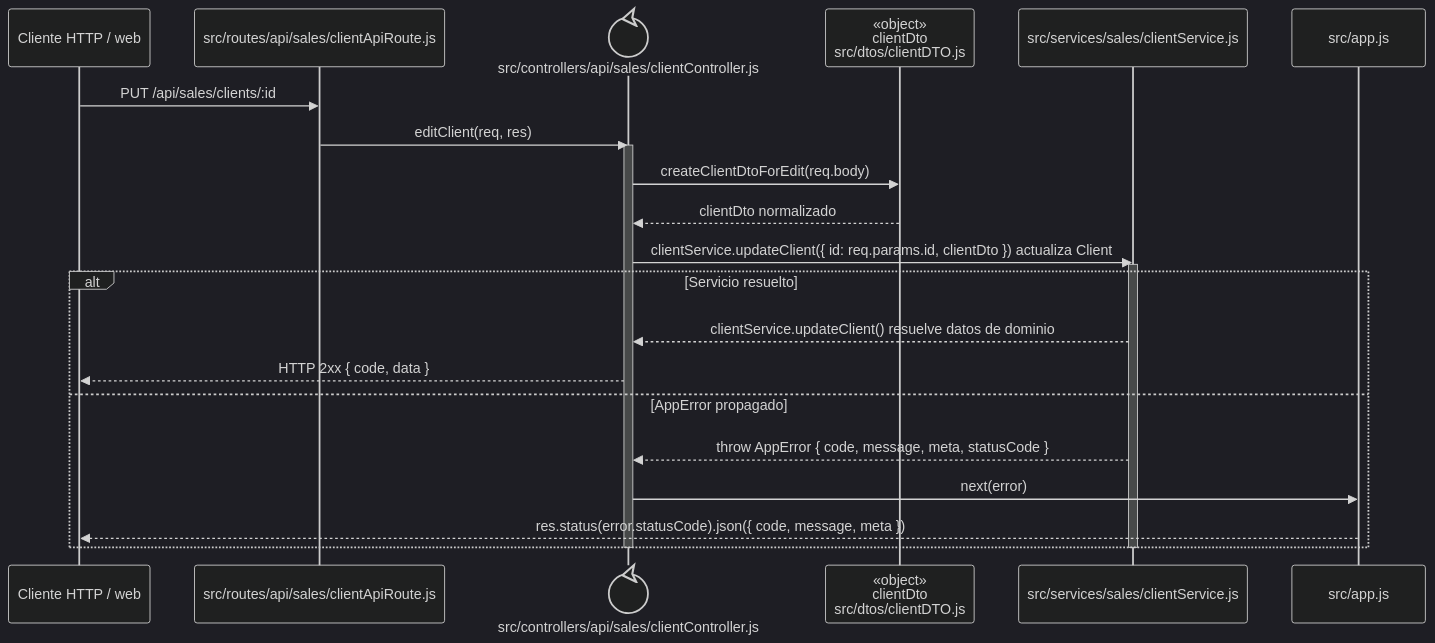
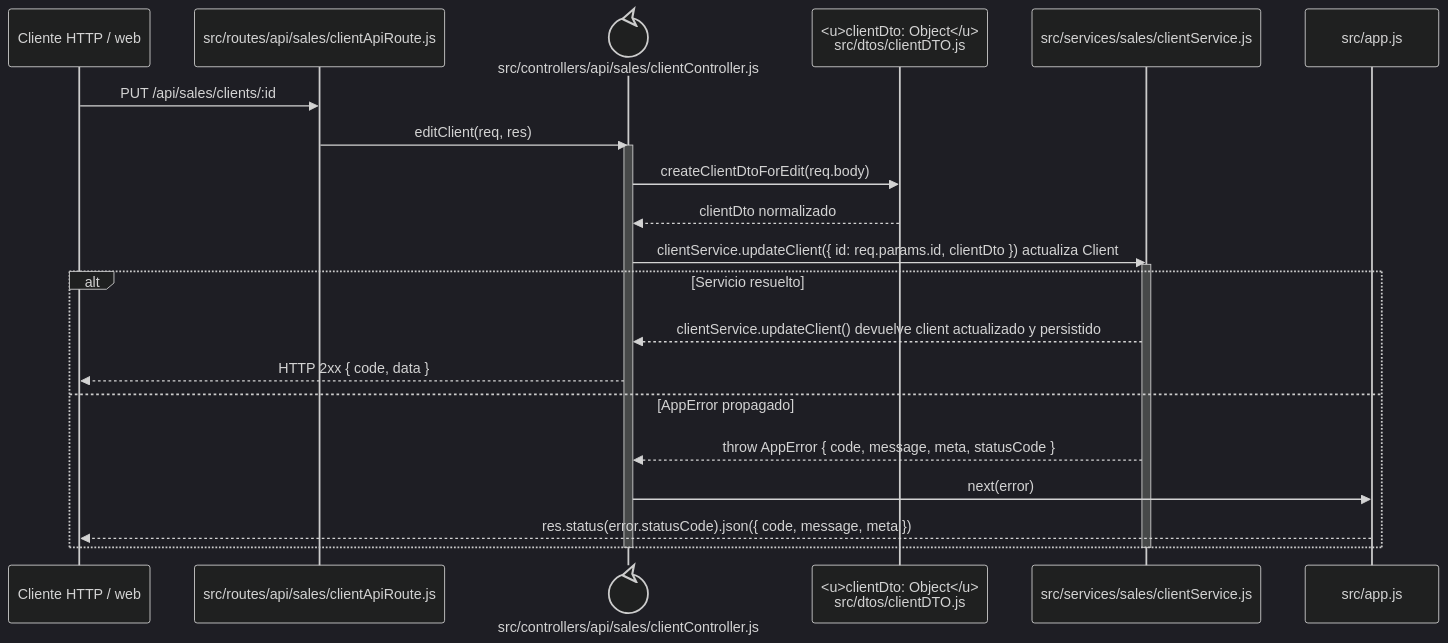
Before and after one commit to gpgsistemas01/nexus: the diagram in docs/architecture/backend-code-sequences/catalogs/cu-cat-07.md, drawn with Mermaid (dark theme). The commit also changed 102 other files, not shown here.

````diff
--- a/docs/architecture/backend-code-sequences/catalogs/cu-cat-07.md
+++ b/docs/architecture/backend-code-sequences/catalogs/cu-cat-07.md
@@ -6,27 +6,27 @@
 ```mermaid
 sequenceDiagram
     participant Client as Cliente HTTP / web
     participant Route as src/routes/api/sales/clientApiRoute.js
     participant Controller@{ "type": "control" } as src/controllers/api/sales/clientController.js
-    participant ClientDto as «object»<br/>clientDto<br/>src/dtos/clientDTO.js
+    participant ClientDto as <u>clientDto: Object</u><br/>src/dtos/clientDTO.js
     participant Domain as src/services/sales/clientService.js
     participant ErrorHandler as src/app.js
 
     Client->>Route: PUT /api/sales/clients/:id
     Route->>Controller: editClient(req, res)
     activate Controller
     Controller->>ClientDto: createClientDtoForEdit(req.body)
     ClientDto-->>Controller: clientDto normalizado
     Controller->>Domain: clientService.updateClient({ id: req.params.id, clientDto }) actualiza Client
     activate Domain
     alt Servicio resuelto
-        Domain-->>Controller: clientService.updateClient() resuelve datos de dominio
+        Domain-->>Controller: clientService.updateClient() devuelve client actualizado y persistido
         Controller-->>Client: HTTP 2xx { code, data }
     else AppError propagado
         Domain-->>Controller: throw AppError { code, message, meta, statusCode }
         Controller->>ErrorHandler: next(error)
         ErrorHandler-->>Client: res.status(error.statusCode).json({ code, message, meta })
     end
     deactivate Domain
     deactivate Controller
 ```
````
